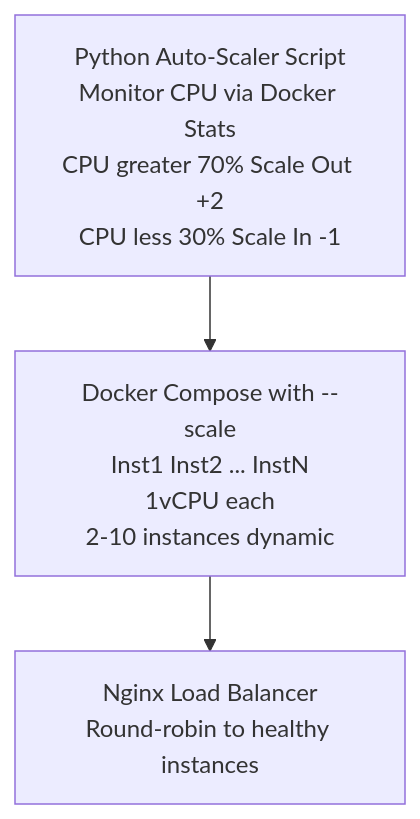
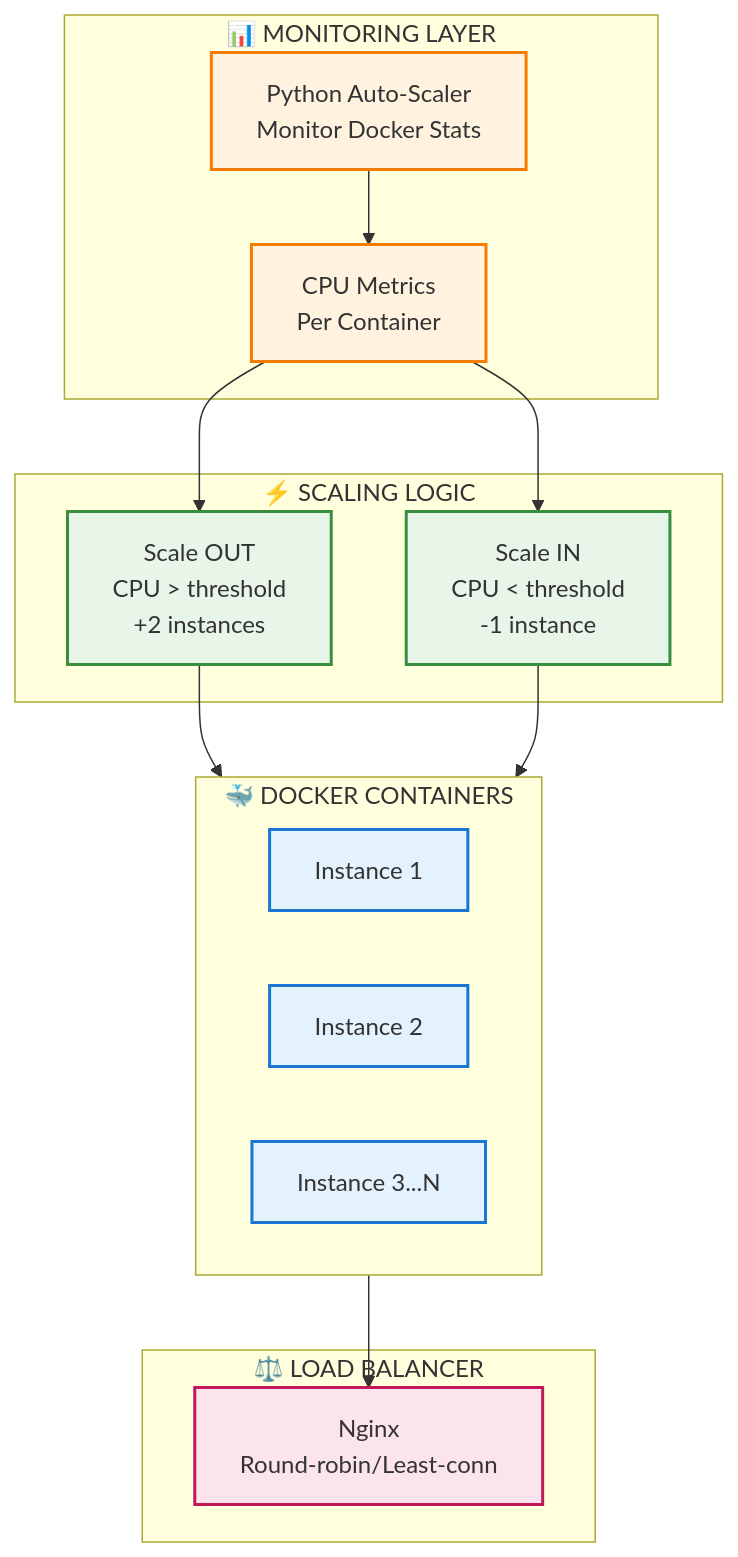
Before and after one commit to dieuxuanhien/uit-go-se360: the diagram in Deliverables/ADR/ADR-004-auto-scaling.md, drawn with Mermaid. The commit also changed other lines of this file and 6 other files, not shown here.

````diff
--- a/Deliverables/ADR/ADR-004-auto-scaling.md
+++ b/Deliverables/ADR/ADR-004-auto-scaling.md
@@ -54,11 +149,39 @@
 ```mermaid
-flowchart TD
-    A[Python Auto-Scaler Script<br>Monitor CPU via Docker Stats<br>CPU greater 70% Scale Out +2<br>CPU less 30% Scale In -1]
+flowchart TB
+    subgraph Monitor["📊 MONITORING LAYER"]
+        Script["Python Auto-Scaler<br>Monitor Docker Stats"]
+        Metrics["CPU Metrics<br>Per Container"]
+    end
     
-    B[Docker Compose with --scale<br>Inst1 Inst2 ... InstN<br>1vCPU each<br>2-10 instances dynamic]
+    subgraph Scaling["⚡ SCALING LOGIC"]
+        ScaleOut["Scale OUT<br>CPU > threshold<br>+2 instances"]
+        ScaleIn["Scale IN<br>CPU < threshold<br>-1 instance"]
+    end
     
-    C[Nginx Load Balancer<br>Round-robin to healthy instances]
+    subgraph Containers["🐳 DOCKER CONTAINERS"]
+        C1["Instance 1"]
+        C2["Instance 2"]
+        C3["Instance 3...N"]
+    end
     
-    A --> B
-    B --> C
+    subgraph LB["⚖️ LOAD BALANCER"]
+        Nginx["Nginx<br>Round-robin/Least-conn"]
+    end
+    
+    Script --> Metrics
+    Metrics --> ScaleOut
+    Metrics --> ScaleIn
+    ScaleOut --> Containers
+    ScaleIn --> Containers
+    Containers --> Nginx
+    
+    classDef monitorBox fill:#fff3e0,stroke:#f57c00,stroke-width:2px
+    classDef scaleBox fill:#e8f5e9,stroke:#388e3c,stroke-width:2px
+    classDef containerBox fill:#e3f2fd,stroke:#1976d2,stroke-width:2px
+    classDef lbBox fill:#fce4ec,stroke:#c2185b,stroke-width:2px
+    
+    class Script,Metrics monitorBox
+    class ScaleOut,ScaleIn scaleBox
+    class C1,C2,C3 containerBox
+    class Nginx lbBox
 ```
````
